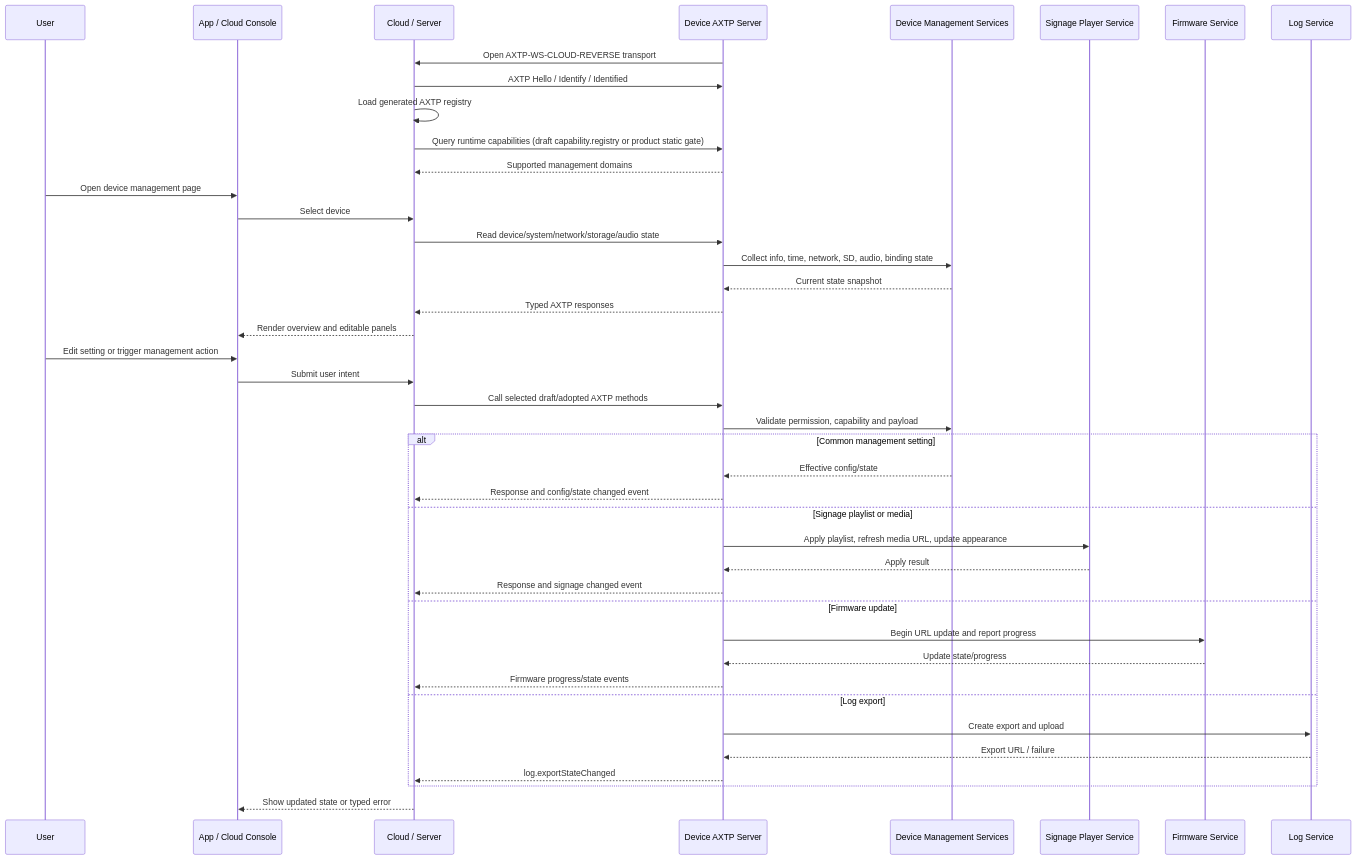
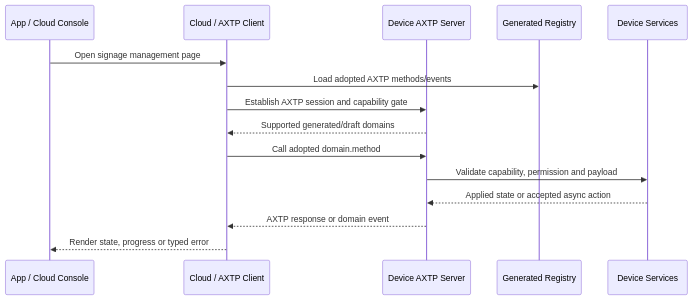
Before and after one commit to Mostorm-Labs/axtp: the second of 2 diagrams in docs/flows/signage-device-management.md, drawn with Mermaid. The commit also changed other lines of this file and 1 other file, not shown here.

Commit message:
docs: adjust signage device management domains

````diff
--- a/docs/flows/signage-device-management.md
+++ b/docs/flows/signage-device-management.md
@@ -141,47 +285,18 @@
 ```mermaid
 sequenceDiagram
-    participant User
     participant App as App / Cloud Console
-    participant Cloud as Cloud / Server
+    participant Cloud as Cloud / AXTP Client
     participant Device as Device AXTP Server
-    participant Mgmt as Device Management Services
-    participant Signage as Signage Player Service
-    participant FW as Firmware Service
-    participant Log as Log Service
+    participant Generated as Generated Registry
+    participant Service as Device Services
 
-    Device->>Cloud: Open AXTP-WS-CLOUD-REVERSE transport
-    Cloud->>Device: AXTP Hello / Identify / Identified
-    Cloud->>Cloud: Load generated AXTP registry
-    Cloud->>Device: Query runtime capabilities (draft capability.registry or product static gate)
-    Device-->>Cloud: Supported management domains
-
-    User->>App: Open device management page
-    App->>Cloud: Select device
-    Cloud->>Device: Read device/system/network/storage/audio state
-    Device->>Mgmt: Collect info, time, network, SD, audio, binding state
-    Mgmt-->>Device: Current state snapshot
-    Device-->>Cloud: Typed AXTP responses
-    Cloud-->>App: Render overview and editable panels
-
-    User->>App: Edit setting or trigger management action
-    App->>Cloud: Submit user intent
-    Cloud->>Device: Call selected draft/adopted AXTP methods
-    Device->>Mgmt: Validate permission, capability and payload
-    alt Common management setting
-        Mgmt-->>Device: Effective config/state
-        Device-->>Cloud: Response and config/state changed event
-    else Signage playlist or media
-        Device->>Signage: Apply playlist, refresh media URL, update appearance
-        Signage-->>Device: Apply result
-        Device-->>Cloud: Response and signage changed event
-    else Firmware update
-        Device->>FW: Begin URL update and report progress
-        FW-->>Device: Update state/progress
-        Device-->>Cloud: Firmware progress/state events
-    else Log export
-        Device->>Log: Create export and upload
-        Log-->>Device: Export URL / failure
-        Device-->>Cloud: log.exportStateChanged
-    end
-    Cloud-->>App: Show updated state or typed error
+    App->>Cloud: Open signage management page
+    Cloud->>Generated: Load adopted AXTP methods/events
+    Cloud->>Device: Establish AXTP session and capability gate
+    Device-->>Cloud: Supported generated/draft domains
+    Cloud->>Device: Call adopted domain.method
+    Device->>Service: Validate capability, permission and payload
+    Service-->>Device: Applied state or accepted async action
+    Device-->>Cloud: AXTP response or domain event
+    Cloud-->>App: Render state, progress or typed error
 ```
````
